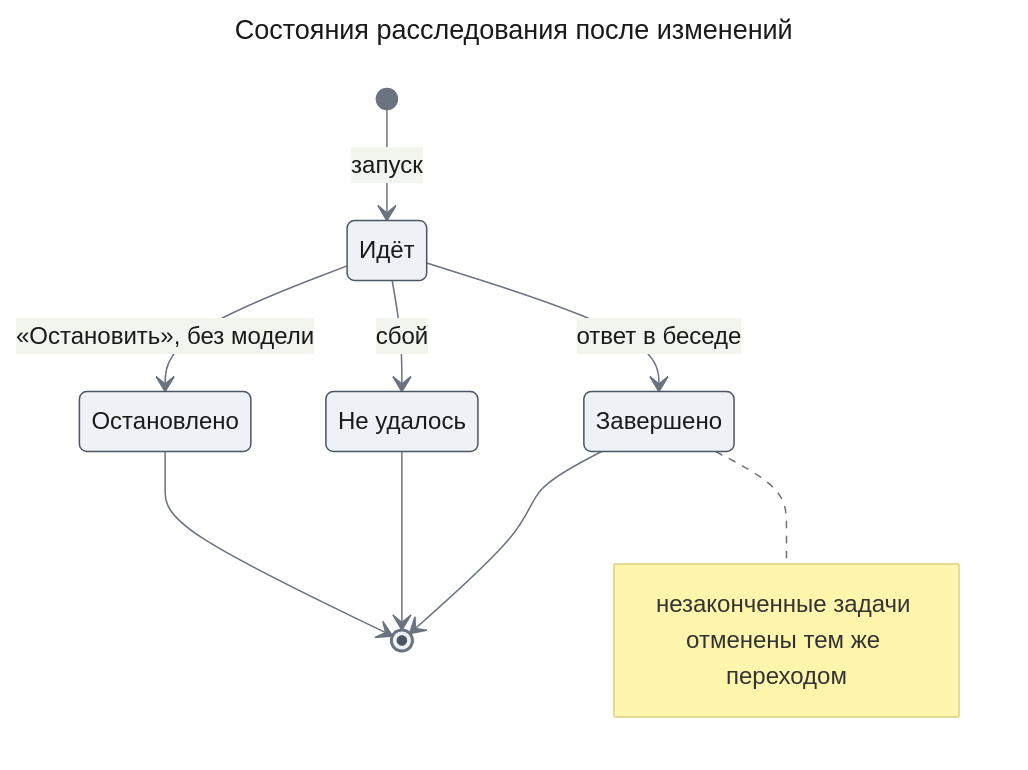
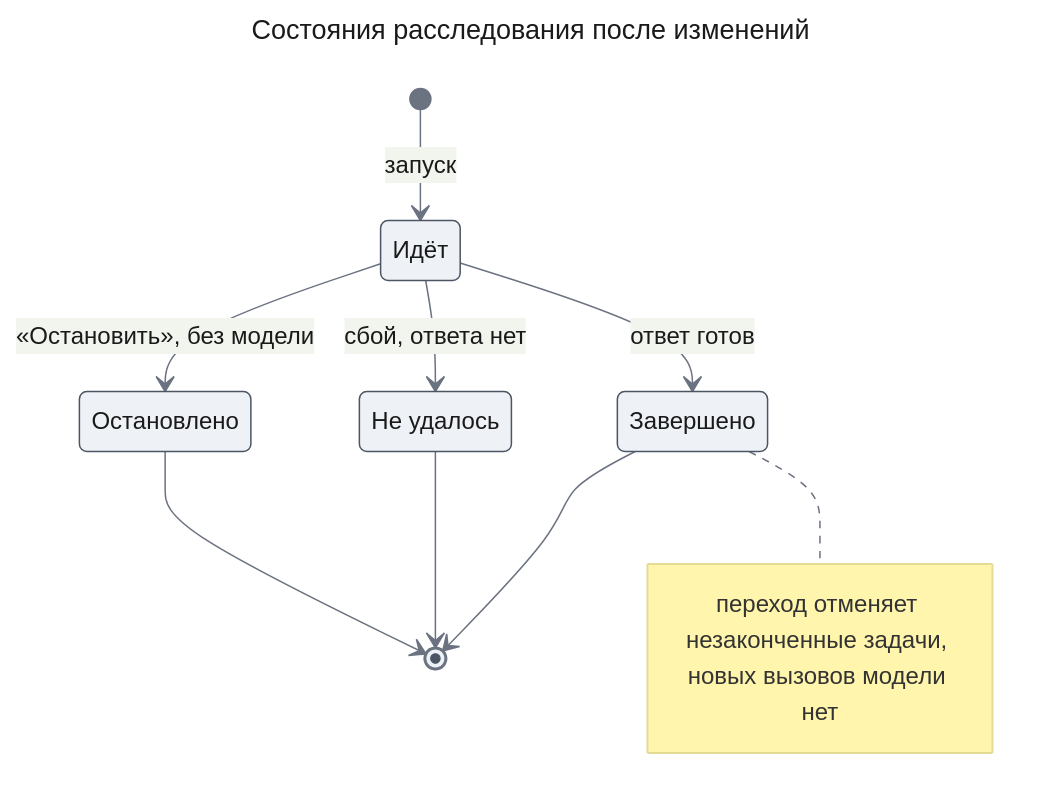
Before and after one commit to tundraray/agent-os: the seventh of 10 diagrams in docs/features/agent-quality/prd.md, drawn with Mermaid. The commit also changed other lines of this file, not shown here.

````diff
--- a/docs/features/agent-quality/prd.md
+++ b/docs/features/agent-quality/prd.md
@@ -418,26 +418,26 @@
 ```mermaid
 ---
 title: "Состояния расследования после изменений"
 config:
   theme: base
   look: classic
   themeVariables:
     primaryColor: "#eef1f5"
     primaryBorderColor: "#4b5563"
     primaryTextColor: "#1a1a1a"
     lineColor: "#6b7280"
 ---
 stateDiagram-v2
     state "Идёт" as Active
     state "Завершено" as Completed
     state "Не удалось" as Failed
     state "Остановлено" as Stopped
     [*] --> Active : запуск
-    Active --> Completed : ответ в беседе
-    Active --> Failed : сбой
+    Active --> Completed : ответ готов
+    Active --> Failed : сбой, ответа нет
     Active --> Stopped : «Остановить», без модели
     Completed --> [*]
     Failed --> [*]
     Stopped --> [*]
-    note right of Completed : незаконченные задачи отменены тем же переходом
+    note right of Completed : переход отменяет незаконченные задачи, новых вызовов модели нет
 ```
````
